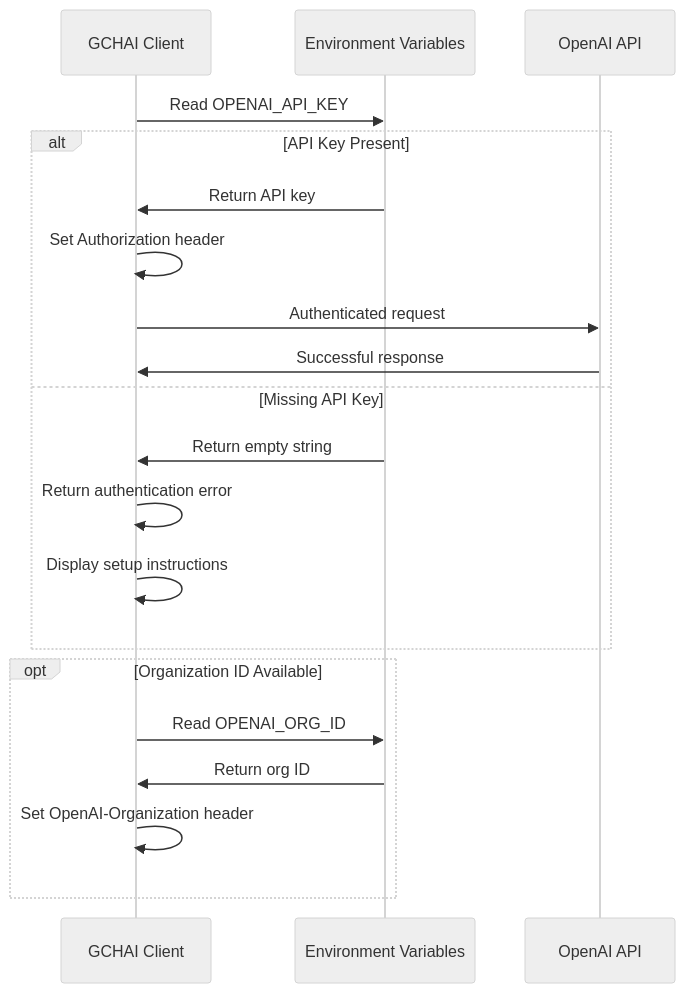
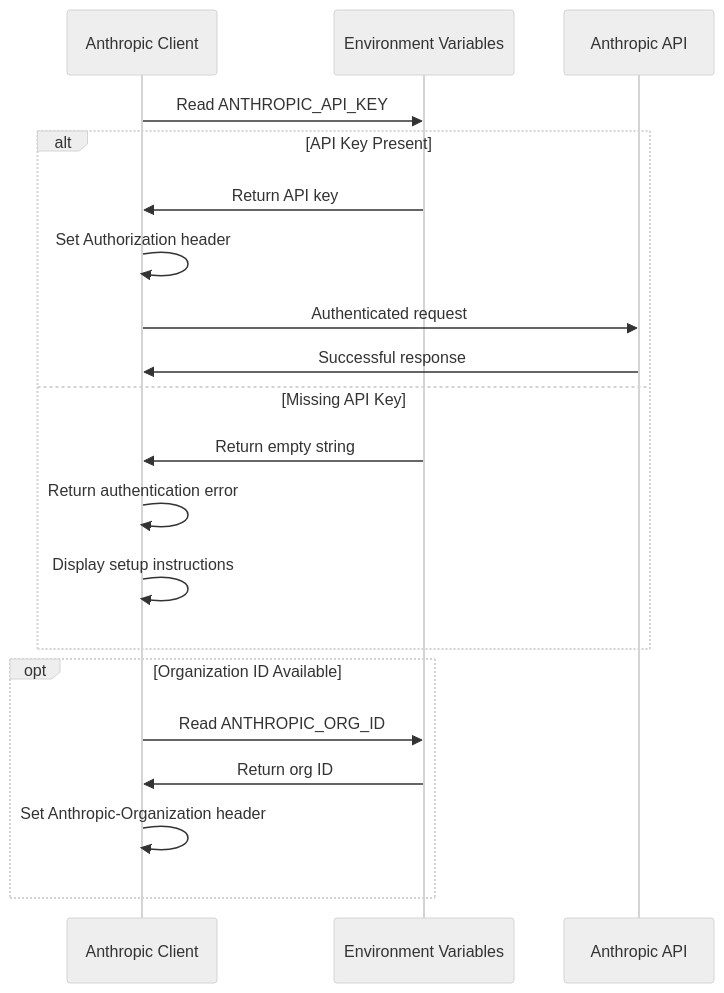
Diagram 15 of 18 in client/README.md (gherlein/client-w-mcp), drawn with Mermaid (neutral theme) before and after one commit. The commit also changed other lines of this file and 2 other files, not shown here.

````diff
--- a/client/README.md
+++ b/client/README.md
@@ -637,25 +639,25 @@
 ```mermaid
 sequenceDiagram
-    participant Client as GCHAI Client
+    participant Client as Anthropic Client
     participant Env as Environment Variables
-    participant API as OpenAI API
+    participant API as Anthropic API
 
-    Client->>Env: Read OPENAI_API_KEY
+    Client->>Env: Read ANTHROPIC_API_KEY
     
     alt API Key Present
         Env->>Client: Return API key
         Client->>Client: Set Authorization header
         Client->>API: Authenticated request
         API->>Client: Successful response
     else Missing API Key
         Env->>Client: Return empty string
         Client->>Client: Return authentication error
         Client->>Client: Display setup instructions
     end
     
     opt Organization ID Available
-        Client->>Env: Read OPENAI_ORG_ID
+        Client->>Env: Read ANTHROPIC_ORG_ID
         Env->>Client: Return org ID
-        Client->>Client: Set OpenAI-Organization header
+        Client->>Client: Set Anthropic-Organization header
     end
 ```
````
